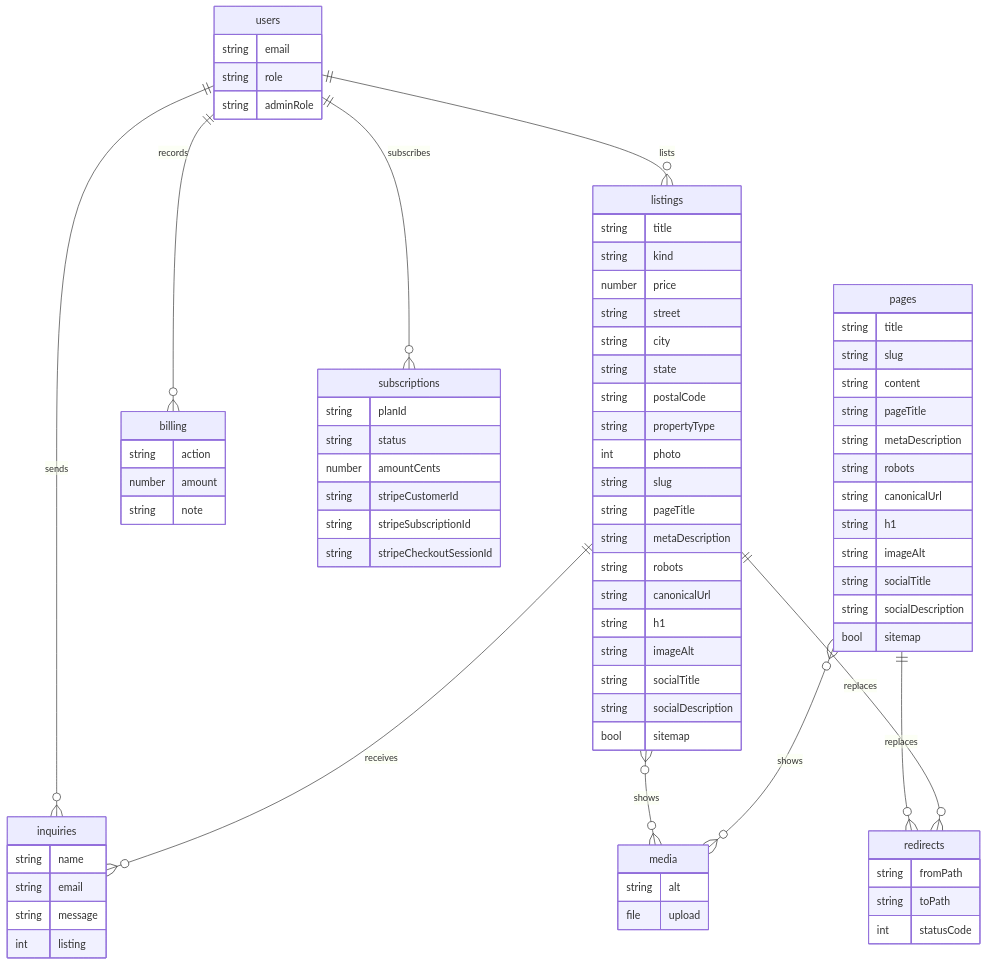
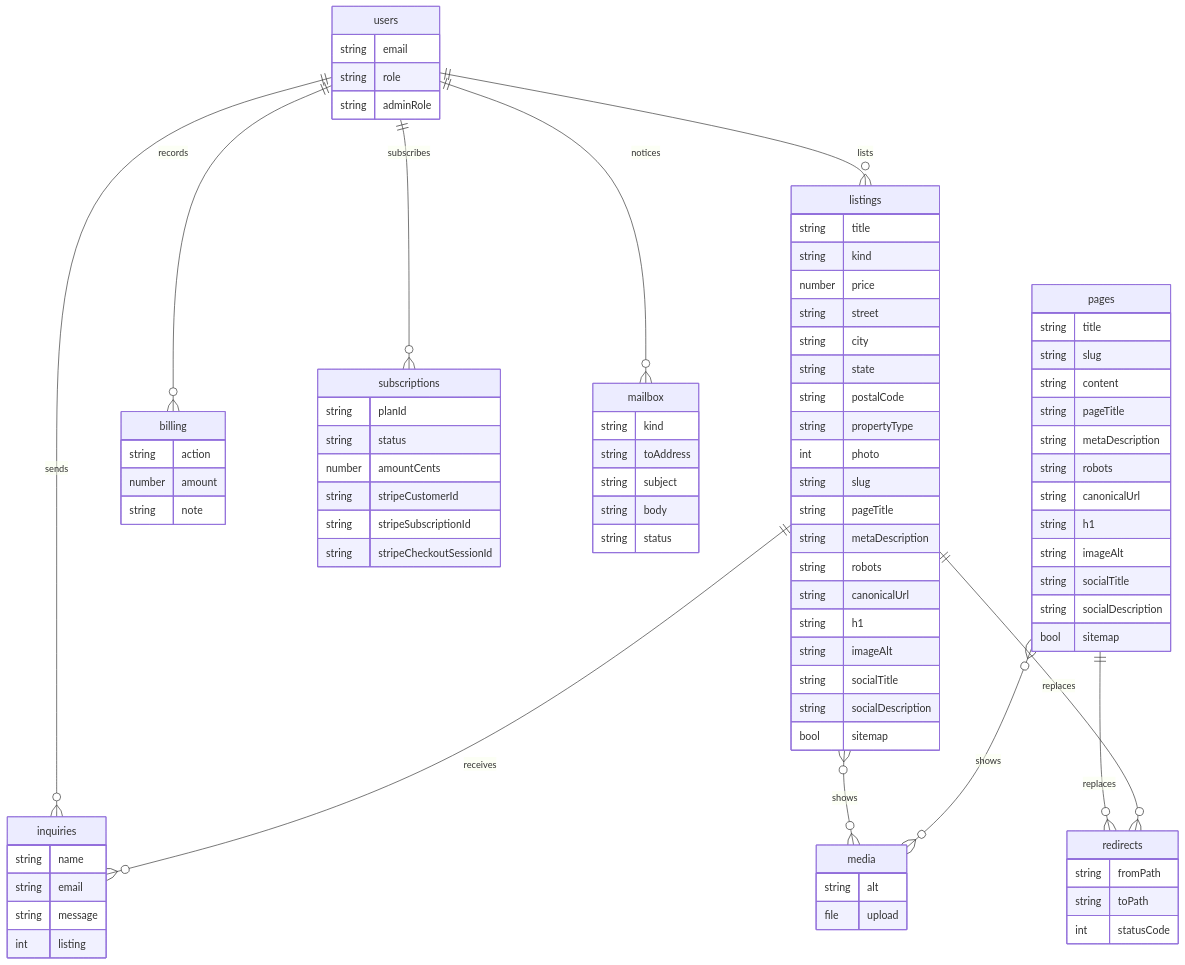
The first of 4 diagrams in docs/entity-diagram.md (Valerri000/Reatics), drawn with Mermaid before and after one commit. The commit also changed other lines of this file and 3 other files, not shown here.

```diff
--- a/docs/entity-diagram.md
+++ b/docs/entity-diagram.md
@@ -7,6 +7,7 @@
   users ||--o{ listings : lists
   users ||--o{ billing : records
   users ||--o{ subscriptions : subscribes
+  users ||--o{ mailbox : notices
   users ||--o{ inquiries : sends
   listings ||--o{ inquiries : receives
   listings }o--o{ media : shows
@@ -77,6 +78,14 @@
     string stripeCheckoutSessionId
   }
 
+  mailbox {
+    string kind
+    string toAddress
+    string subject
+    string body
+    string status
+  }
+
   redirects {
     string fromPath
     string toPath
```
